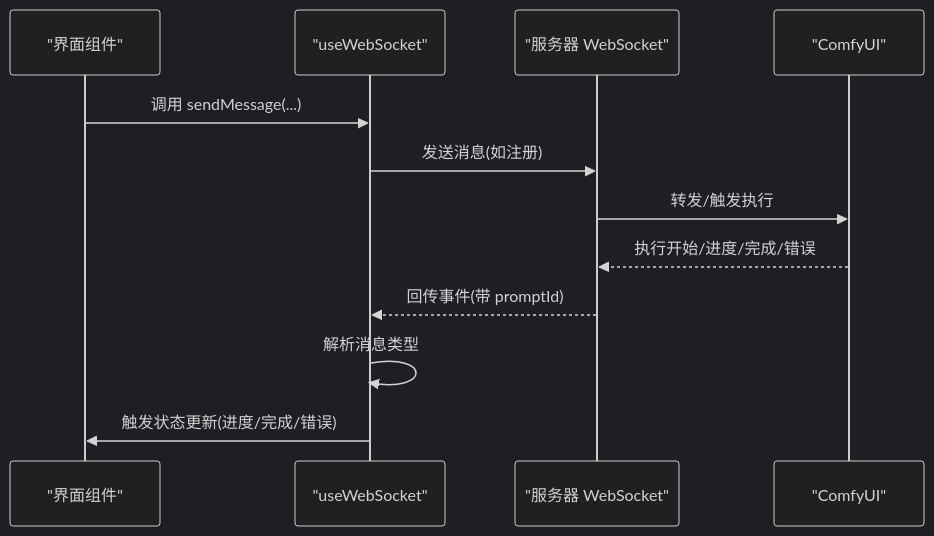
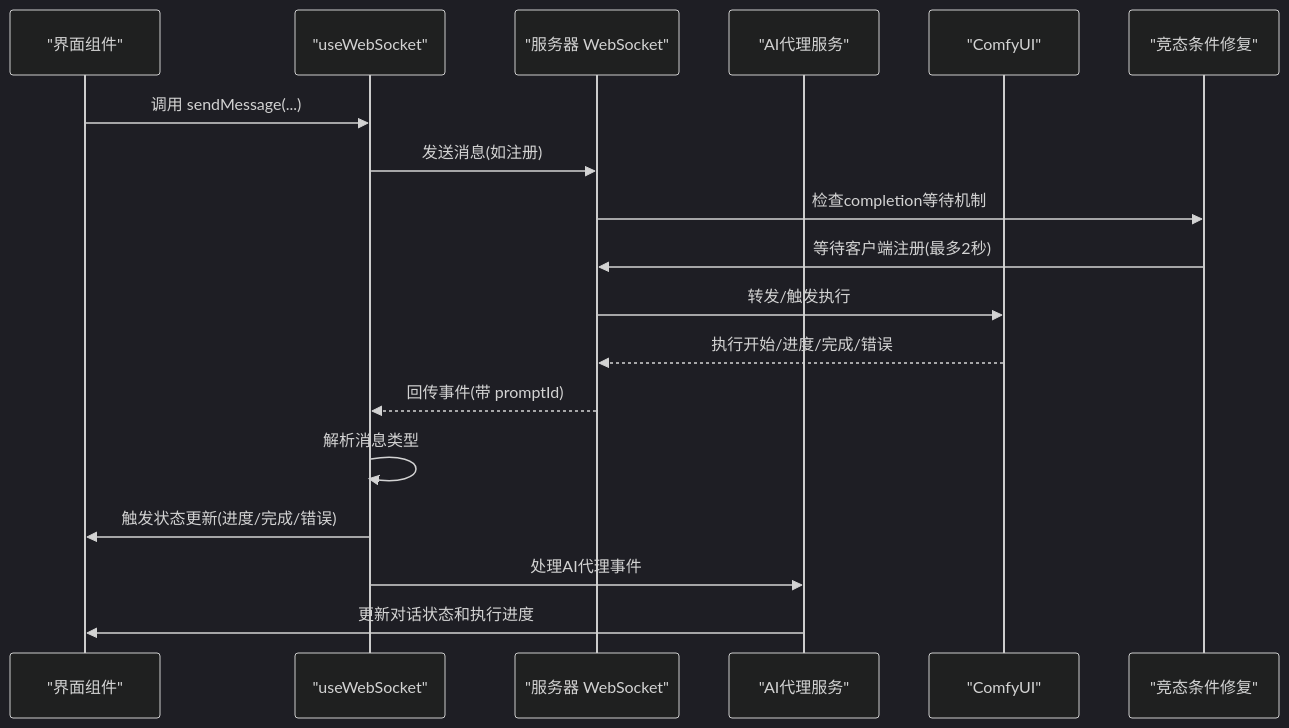
Before and after one commit to billye220670/CorineKit_Pix2Real: the second of 9 diagrams in .qoder/repowiki/zh/content/前端应用/WebSocket 通信.md, drawn with Mermaid (dark theme). The commit also changed other lines of this file and 20 other files, not shown here.

````diff
--- a/.qoder/repowiki/zh/content/前端应用/WebSocket 通信.md
+++ b/.qoder/repowiki/zh/content/前端应用/WebSocket 通信.md
@@ -82,14 +122,20 @@
 ```mermaid
 sequenceDiagram
 participant UI as "界面组件"
 participant Hook as "useWebSocket"
 participant Srv as "服务器 WebSocket"
+participant Agent as "AI代理服务"
 participant Cfg as "ComfyUI"
+participant RaceFix as "竞态条件修复"
 UI->>Hook : 调用 sendMessage(...)
 Hook->>Srv : 发送消息(如注册)
+Srv->>RaceFix : 检查completion等待机制
+RaceFix->>Srv : 等待客户端注册(最多2秒)
 Srv->>Cfg : 转发/触发执行
 Cfg-->>Srv : 执行开始/进度/完成/错误
 Srv-->>Hook : 回传事件(带 promptId)
 Hook->>Hook : 解析消息类型
 Hook->>UI : 触发状态更新(进度/完成/错误)
+Hook->>Agent : 处理AI代理事件
+Agent->>UI : 更新对话状态和执行进度
 ```
````
